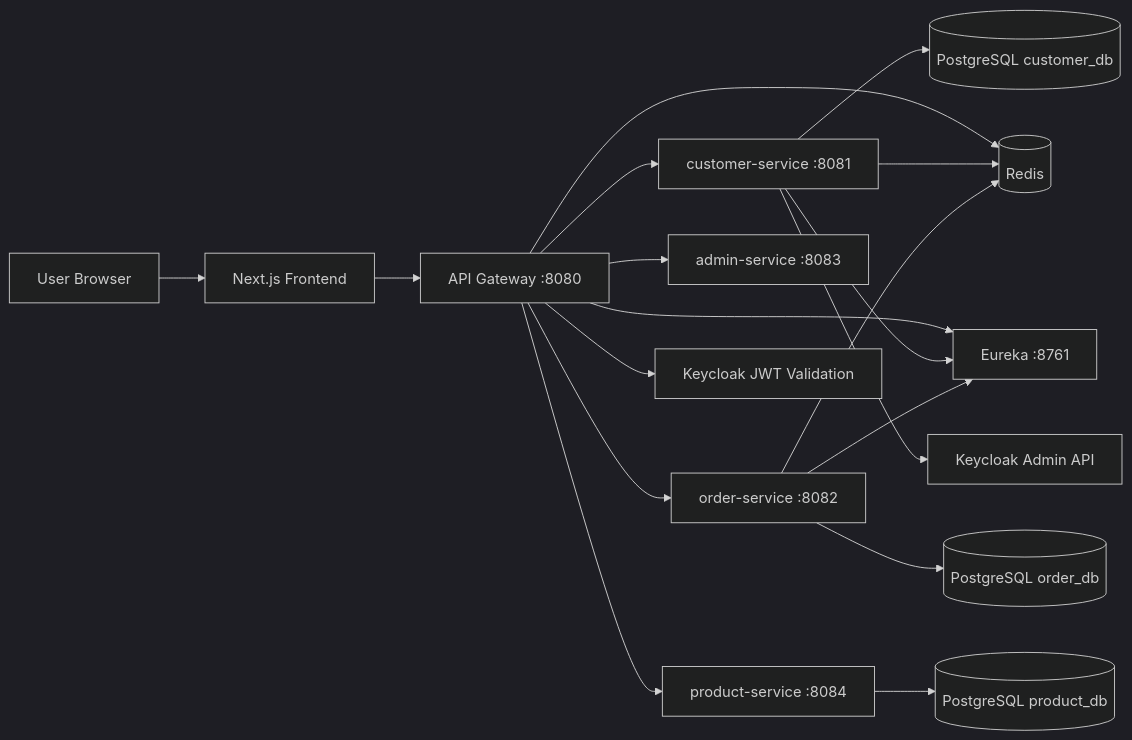
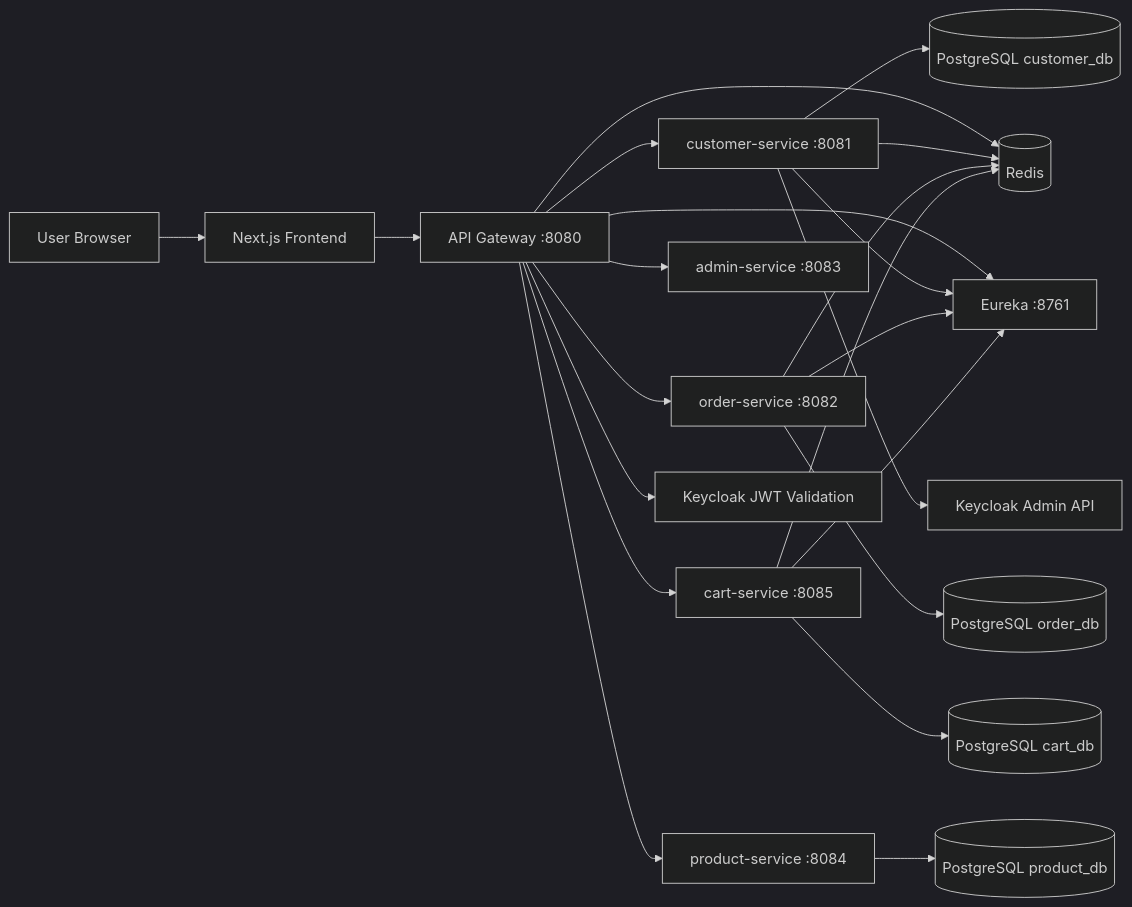
One commit to rumalg123/SpringBoot-Microservice changed the first of 2 diagrams in README.md. Above: the diagram before and after it, drawn with Mermaid (dark theme). The commit also changed other lines of this file and 58 other files, not shown here.

Commit message:
Added cart service

````diff
--- a/README.md
+++ b/README.md
@@ -7,20 +7,24 @@
 ```mermaid
 flowchart LR
     U[User Browser] --> F[Next.js Frontend]
     F --> G[API Gateway :8080]
     G --> C[customer-service :8081]
     G --> O[order-service :8082]
+    G --> CA[cart-service :8085]
     G --> AD[admin-service :8083]
     G --> PR[product-service :8084]
     C --> P1[(PostgreSQL customer_db)]
     O --> P2[(PostgreSQL order_db)]
+    CA --> P4[(PostgreSQL cart_db)]
     PR --> P3[(PostgreSQL product_db)]
     G --> R[(Redis)]
     C --> R
     O --> R
+    CA --> R
     G --> E[Eureka :8761]
     C --> E
     O --> E
+    CA --> E
     G --> A[Keycloak JWT Validation]
     C --> A2[Keycloak Admin API]
 ```
````
